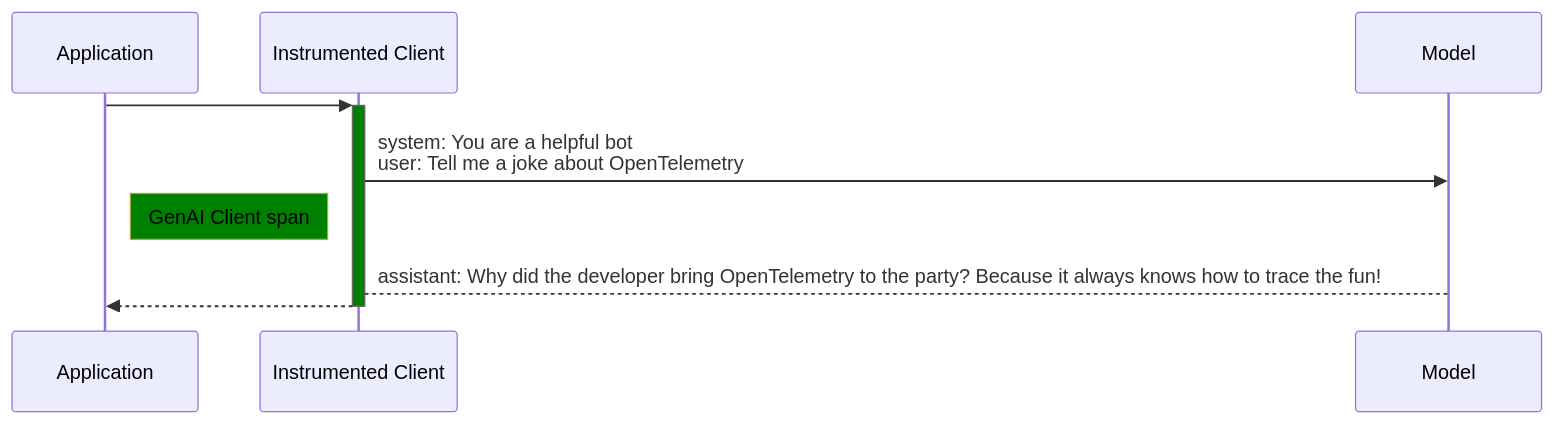
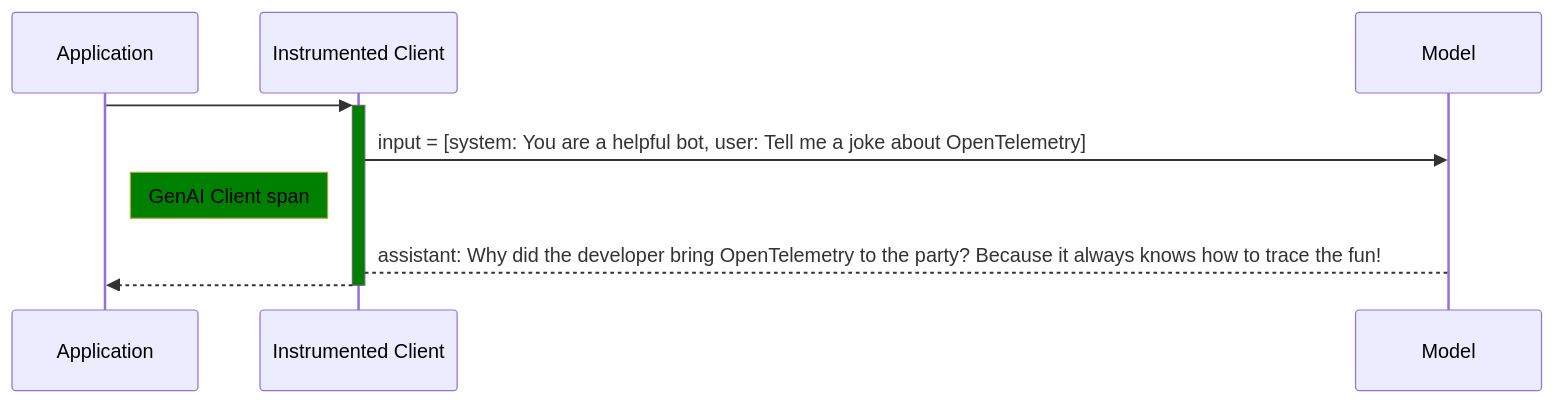
One commit to open-telemetry/semantic-conventions changed the first of 4 diagrams in docs/gen-ai/non-normative/examples-llm-calls.md. Above: the diagram before and after it, drawn with Mermaid. The commit also changed other lines of this file, not shown here.

````diff
--- a/docs/gen-ai/non-normative/examples-llm-calls.md
+++ b/docs/gen-ai/non-normative/examples-llm-calls.md
@@ -23,17 +24,17 @@
 ```mermaid
 %%{init:
 {
   "sequence": { "messageAlign": "left", "htmlLabels":true },
   "themeVariables": { "noteBkgColor" : "green", "noteTextColor": "black", "activationBkgColor": "green", "htmlLabels":true }
 }
 }%%
 sequenceDiagram
     participant A as Application
     participant I as Instrumented Client
     participant M as Model
     A->>+I: #U+200D
-    I->>M: system: You are a helpful bot<br/>user: Tell me a joke about OpenTelemetry
+    I->>M: input = [system: You are a helpful bot, user: Tell me a joke about OpenTelemetry]
     Note left of I: GenAI Client span
     I-->M: assistant: Why did the developer bring OpenTelemetry to the party? Because it always knows how to trace the fun!
     I-->>-A: #U+200D
 ```
````
